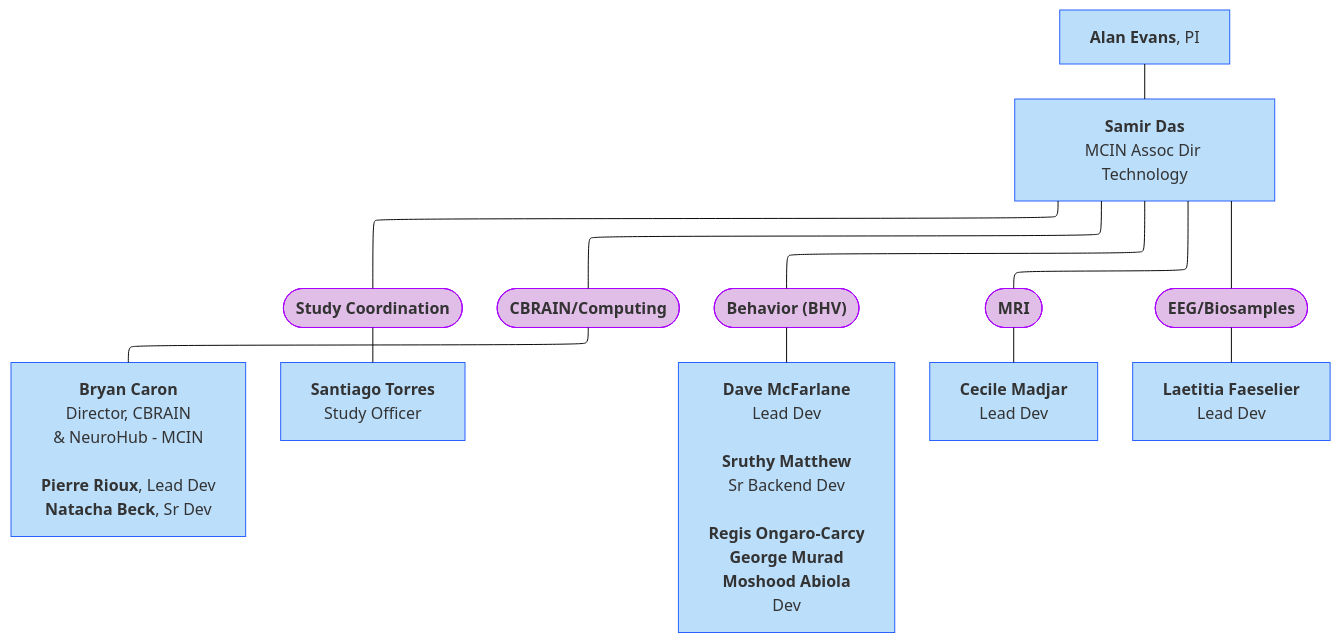
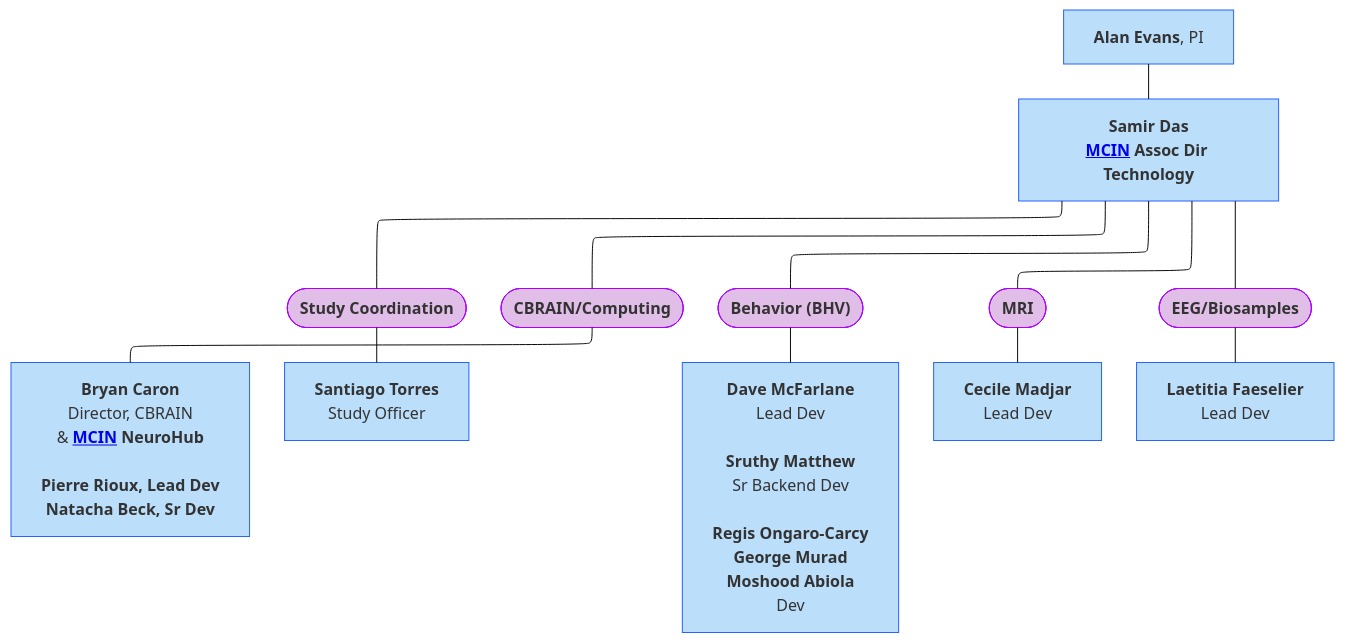
The second of 9 diagrams in docs/orgcharts.md (DCAN-Labs/hbcd-docs-internal), drawn with Mermaid (base theme) before and after one commit. The commit also changed other lines of this file, not shown here.

Commit message:
add links to MCIN

````diff
--- a/docs/orgcharts.md
+++ b/docs/orgcharts.md
@@ -78,27 +64,27 @@
 ```mermaid
 ---
 config:
   layout: elk
 ---
 flowchart TB
-    A["<b>Alan Evans</b>, PI"] --- nl["<b>Samir Das</b><br>MCIN Assoc Dir Technology"]
+    A["<b>Alan Evans</b>, PI"] --- nl["<b>Samir Das</b><br><a href="https://mcin.ca/about-mcin/"><b>MCIN</a> Assoc Dir Technology"]
     nl --- n9(["<b>Study Coordination</b>"]) & C(["<b>CBRAIN/Computing</b>"])
-    C --- n12["<b>Bryan Caron</b><br>Director, CBRAIN<br>&amp; NeuroHub - MCIN<br><br><b>Pierre Rioux</b>, Lead Dev<br><b>Natacha Beck</b>, Sr Dev"]
+    C --- n12["<b>Bryan Caron</b><br>Director, CBRAIN<br>&amp; <a href="https://mcin.ca/about-mcin/"><b>MCIN</a> NeuroHub<br><br><b>Pierre Rioux</b>, Lead Dev<br><b>Natacha Beck</b>, Sr Dev"]
     n9 --- E["<b>Santiago Torres</b><br>Study Officer"]
     F(["<b>Behavior (BHV)</b>"]) --- I["<b>Dave McFarlane</b><br>Lead Dev<br><br><b>Sruthy Matthew</b><br>Sr Backend Dev<br><br><b>Regis Ongaro-Carcy<br>George Murad<br>Moshood Abiola</b><br>Dev"]
     G(["<b>MRI</b>"]) --- L["<b>Cecile Madjar</b><br>Lead Dev"]
     H(["<b>EEG/Biosamples</b>"]) --- M["<b>Laetitia Faeselier</b><br>Lead Dev"]
     nl --- G & H & F
     style A stroke:#2962FF,fill:#BBDEFB
     style nl stroke:#2962FF,fill:#BBDEFB
     style n9 stroke:#AA00FF,fill:#E1BEE7
     style C stroke:#AA00FF,fill:#E1BEE7
     style n12 stroke:#2962FF,fill:#BBDEFB
     style E stroke:#2962FF,fill:#BBDEFB
     style F stroke:#AA00FF,fill:#E1BEE7
     style I stroke:#2962FF,fill:#BBDEFB
     style G stroke:#AA00FF,fill:#E1BEE7
     style L stroke:#2962FF,fill:#BBDEFB
     style H stroke:#AA00FF,fill:#E1BEE7
     style M stroke:#2962FF,fill:#BBDEFB
 ```
````
